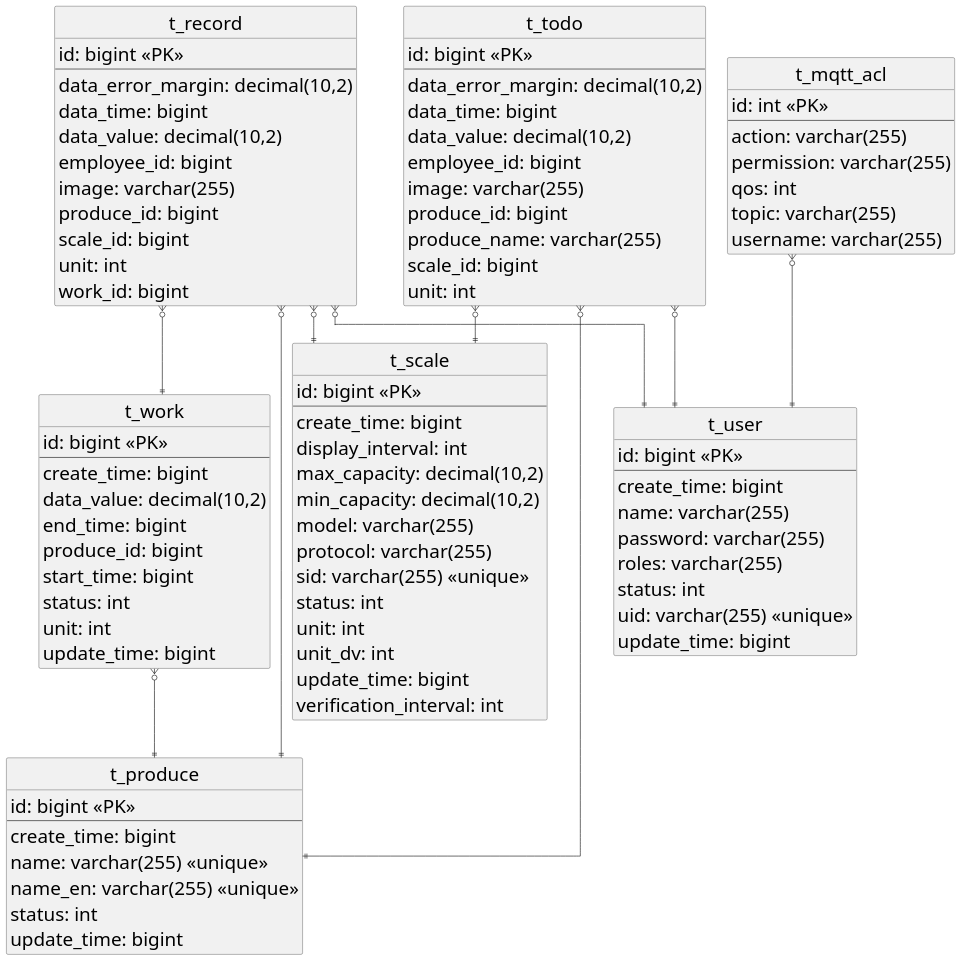
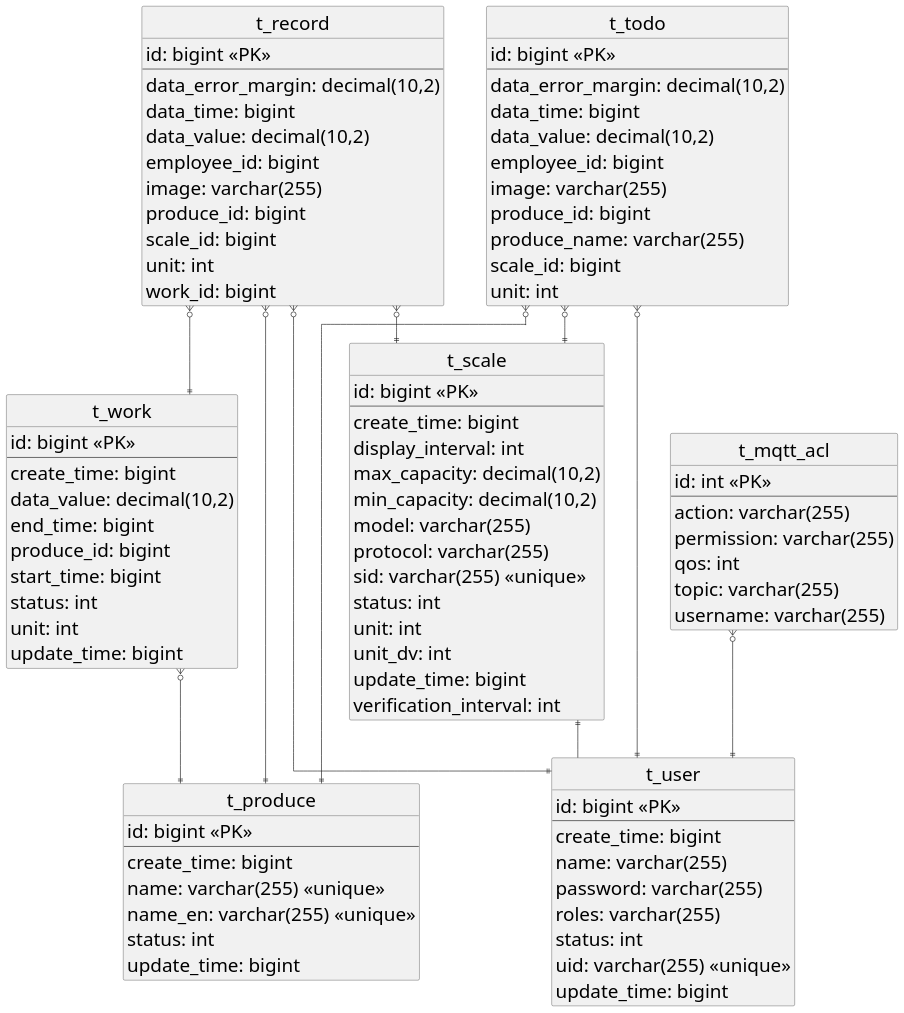
One commit to akynazh/aws changed the diagram in design/ERD-ALL.plantuml. Above: the diagram before and after it, drawn with PlantUML. The commit also changed 7 other files, not shown here.

```diff
--- a/design/ERD-ALL.plantuml
+++ b/design/ERD-ALL.plantuml
@@ -1,108 +1,110 @@
 @startuml
 
 hide circle
 top to bottom direction
 ' left to right direction
 skinparam linetype ortho
 skinparam classAttributeIconSize 0
 skinparam defaultFontSize 30
 
 class t_mqtt_acl {
    id: int <<PK>>
    --
    action: varchar(255)
    permission: varchar(255)
    qos: int
    ' retain: int
    topic: varchar(255)
    username: varchar(255)
 }
 class t_produce {
    id: bigint <<PK>>
    --
    create_time: bigint
    name: varchar(255) <<unique>>
    name_en: varchar(255) <<unique>>
    status: int
    update_time: bigint
 }
 class t_record {
    id: bigint <<PK>>
    --
    data_error_margin: decimal(10,2)
    data_time: bigint
    data_value: decimal(10,2)
    employee_id: bigint
    image: varchar(255)
    produce_id: bigint
    scale_id: bigint
    unit: int
    work_id: bigint
 }
 class t_scale {
    id: bigint <<PK>>
    --
    create_time: bigint
    display_interval: int
    max_capacity: decimal(10,2)
    min_capacity: decimal(10,2)
    model: varchar(255)
    protocol: varchar(255)
    sid: varchar(255) <<unique>>
    status: int
    unit: int
    unit_dv: int
    update_time: bigint
    verification_interval: int
 }
 class t_todo {
    id: bigint <<PK>>
    --
    data_error_margin: decimal(10,2)
    data_time: bigint
    data_value: decimal(10,2)
    employee_id: bigint
    image: varchar(255)
    produce_id: bigint
    produce_name: varchar(255)
    scale_id: bigint
    unit: int
 }
 class t_user {
    id: bigint <<PK>>
    --
    create_time: bigint
    name: varchar(255)
    password: varchar(255)
    roles: varchar(255)
    status: int
    uid: varchar(255) <<unique>>
    update_time: bigint
 }
 class t_work {
    id: bigint <<PK>>
    --
    create_time: bigint
    data_value: decimal(10,2)
    end_time: bigint
    produce_id: bigint
    start_time: bigint
    status: int
    unit: int
    update_time: bigint
 }
 
 t_record }o--|| t_scale
 t_record }o--|| t_user
 t_record }o--|| t_produce
 t_record }o--|| t_work
 
 t_todo }o--|| t_scale
 t_todo }o--|| t_user
 t_todo }o--|| t_produce
 
 t_work }o--|| t_produce
 
 t_mqtt_acl }o--|| t_user
 
+t_scale ||-- t_user
+
 @enduml
```
